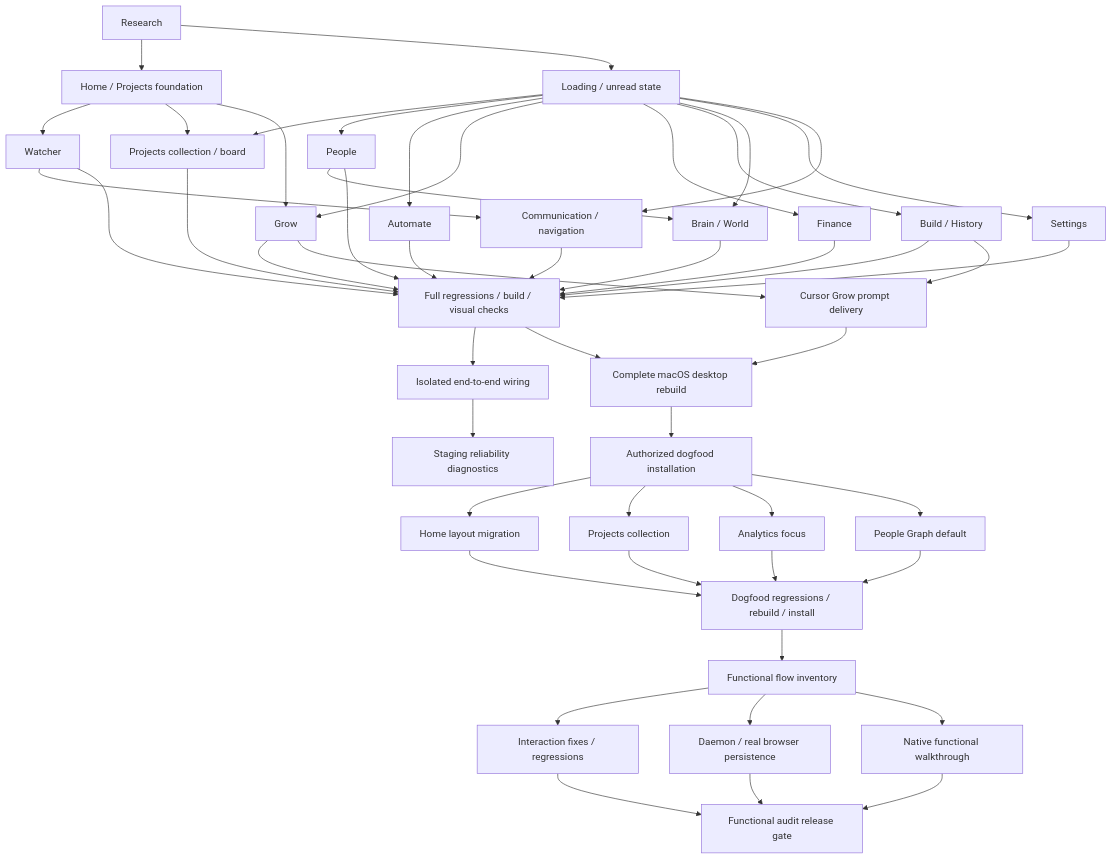
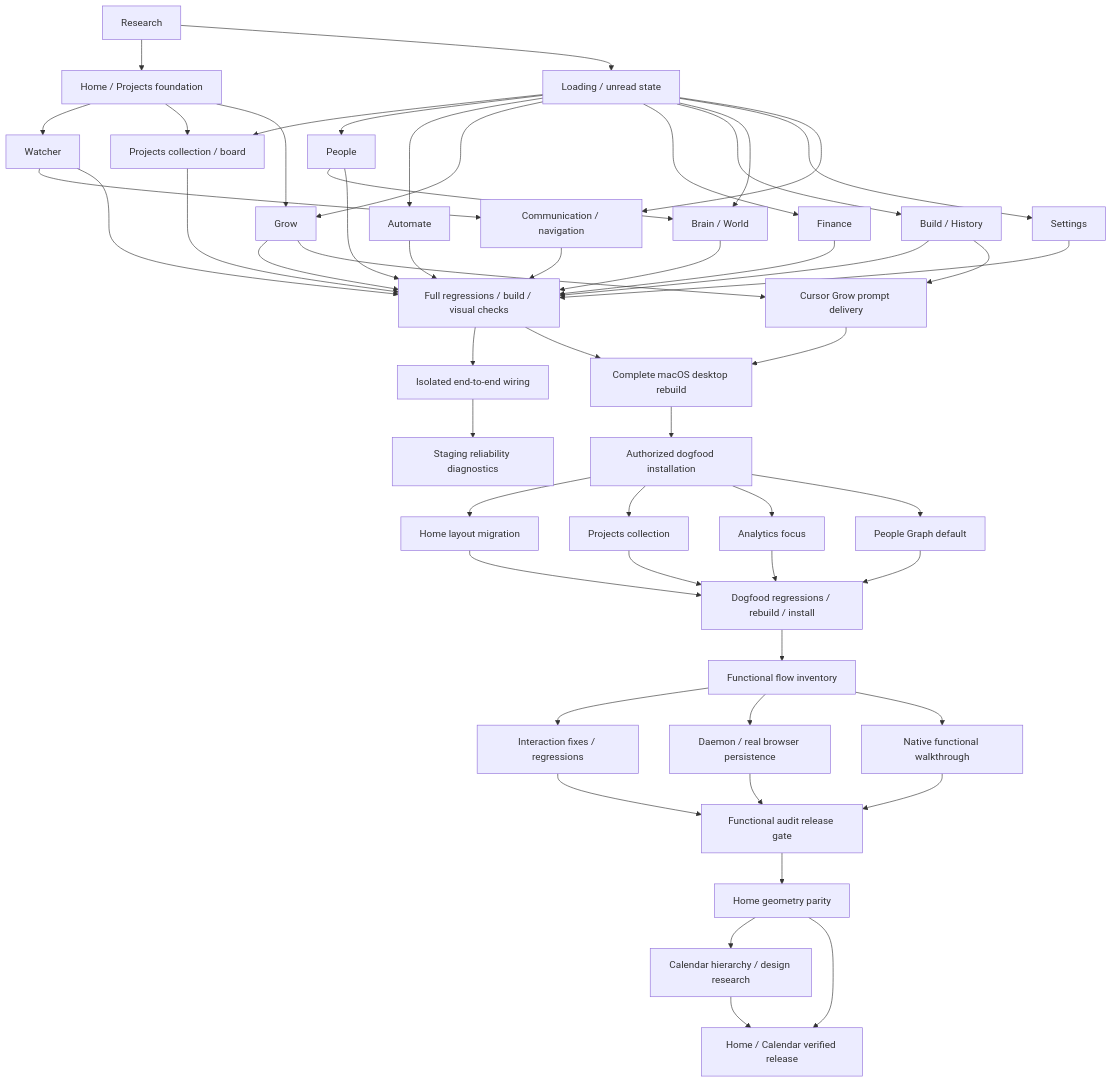
Before and after one commit to make-tuned-unit/permagent-runtime: the diagram in reports/ux-dag/README.md, drawn with Mermaid. The commit also changed 11 other files, not shown here.

Commit message:
Preserve Home card geometry and refine Calendar hierarchy

````diff
--- a/reports/ux-dag/README.md
+++ b/reports/ux-dag/README.md
@@ -5,35 +5,38 @@
 ```mermaid
 flowchart TD
  D00[Research] --> D01[Home / Projects foundation]
  D00 --> D02[Loading / unread state]
  D01 --> D03[Watcher]
  D01 --> D04[Projects collection / board]
  D02 --> D04
  D02 --> D05[People]
  D02 --> D06[Automate]
  D01 --> D07[Grow]
  D02 --> D07
  D02 --> D08[Finance]
  D02 --> D09[Build / History]
  D05 --> D10[Brain / World]
  D02 --> D10
  D02 --> D11[Settings]
  D03 --> D12[Communication / navigation]
  D02 --> D12
  D03 & D04 & D05 & D06 & D07 & D08 & D09 & D10 & D11 & D12 --> D13[Full regressions / build / visual checks]
  D13 --> D14[Isolated end-to-end wiring]
  D14 --> D15[Staging reliability diagnostics]
  D07 & D09 --> D16[Cursor Grow prompt delivery]
  D13 & D16 --> D17[Complete macOS desktop rebuild]
  D17 --> D18[Authorized dogfood installation]
  D18 --> D19[Home layout migration]
  D18 --> D20[Projects collection]
  D18 --> D21[Analytics focus]
  D18 --> D22[People Graph default]
  D19 & D20 & D21 & D22 --> D23[Dogfood regressions / rebuild / install]
  D23 --> D24[Functional flow inventory]
  D24 --> D25[Interaction fixes / regressions]
  D24 --> D26[Daemon / real browser persistence]
  D24 --> D27[Native functional walkthrough]
  D25 & D26 & D27 --> D28[Functional audit release gate]
+ D28 --> D29[Home geometry parity]
+ D29 --> D30[Calendar hierarchy / design research]
+ D29 & D30 --> D31[Home / Calendar verified release]
 ```
````
